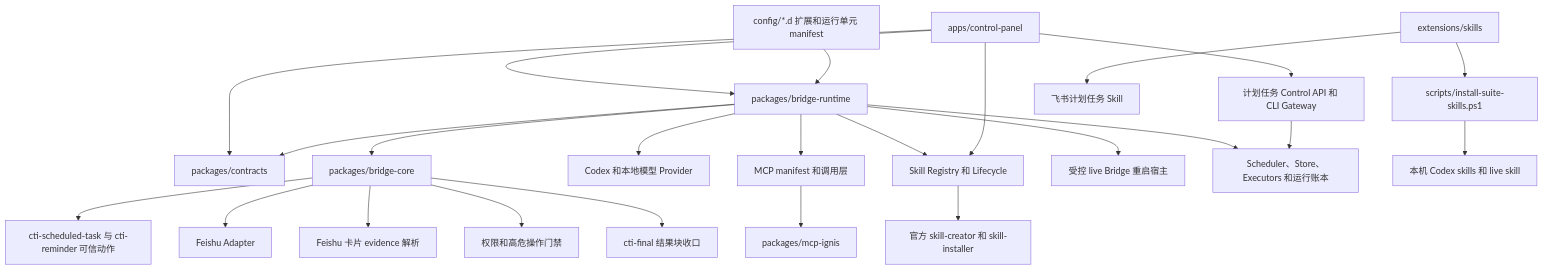
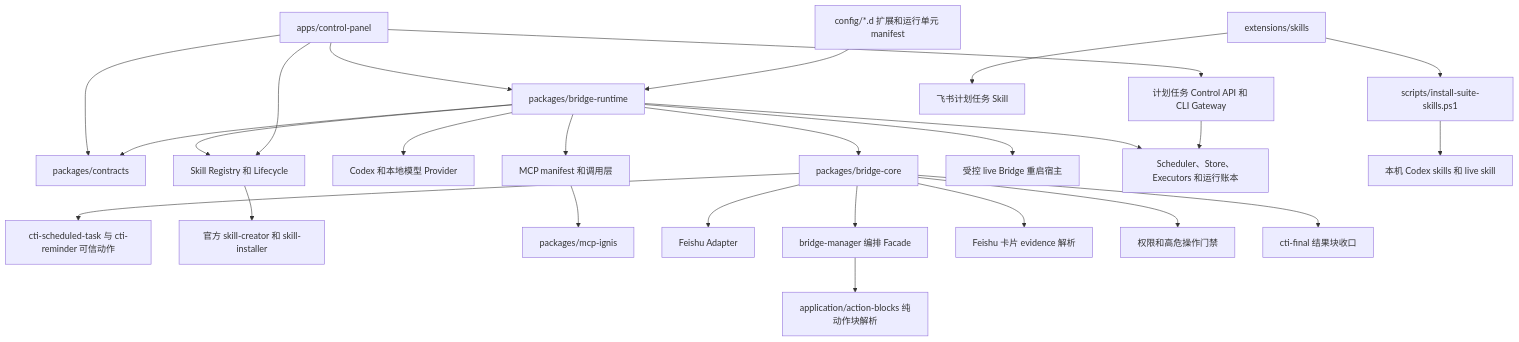
One commit to dddfuxi/codex-im-suite changed the second of 17 diagrams in docs/PROJECT-ARCHITECTURE.md. Above: the diagram before and after it, drawn with Mermaid. The commit also changed other lines of this file and 6 other files, not shown here.

Commit message:
refactor: extract bridge action block parsing

````diff
--- a/docs/PROJECT-ARCHITECTURE.md
+++ b/docs/PROJECT-ARCHITECTURE.md
@@ -64,26 +64,28 @@
 ```mermaid
 flowchart TD
   Panel[apps/control-panel] --> Runtime[packages/bridge-runtime]
   Panel --> Contracts[packages/contracts]
   Runtime --> Contracts
   Runtime --> Core[packages/bridge-core]
   Runtime --> ProviderLayer[Codex 和本地模型 Provider]
   Runtime --> McpLayer[MCP manifest 和调用层]
   Runtime --> SkillLifecycle[Skill Registry 和 Lifecycle]
   Runtime --> BridgeControl[受控 live Bridge 重启宿主]
   Runtime --> ScheduledEngine[Scheduler、Store、Executors 和运行账本]
   Core --> ScheduledActions[cti-scheduled-task 与 cti-reminder 可信动作]
   Panel --> ScheduledGateway[计划任务 Control API 和 CLI Gateway]
   ScheduledGateway --> ScheduledEngine
   SkillLifecycle --> OfficialSkillTools[官方 skill-creator 和 skill-installer]
   Panel --> SkillLifecycle
   McpLayer --> IgnisPackage[packages/mcp-ignis]
   Core --> FeishuAdapter[Feishu Adapter]
+  Core --> BridgeFacade[bridge-manager 编排 Facade]
+  BridgeFacade --> ActionBlocks[application/action-blocks 纯动作块解析]
   Core --> FeishuCardEvidence[Feishu 卡片 evidence 解析]
   Core --> PermissionBroker[权限和高危操作门禁]
   Core --> ReplyEnvelope[cti-final 结果块收口]
   Config[config/*.d 扩展和运行单元 manifest] --> Runtime
   Extensions[extensions/skills] --> Scripts[scripts/install-suite-skills.ps1]
   Extensions --> ScheduledSkill[飞书计划任务 Skill]
   Scripts --> CodexSkills[本机 Codex skills 和 live skill]
 ```
````
